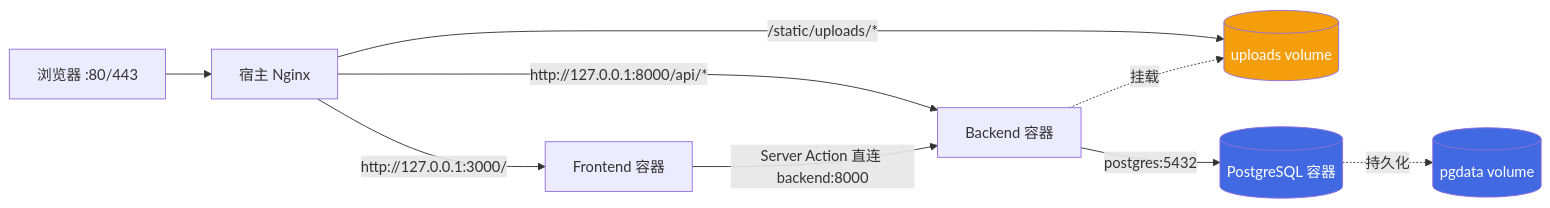
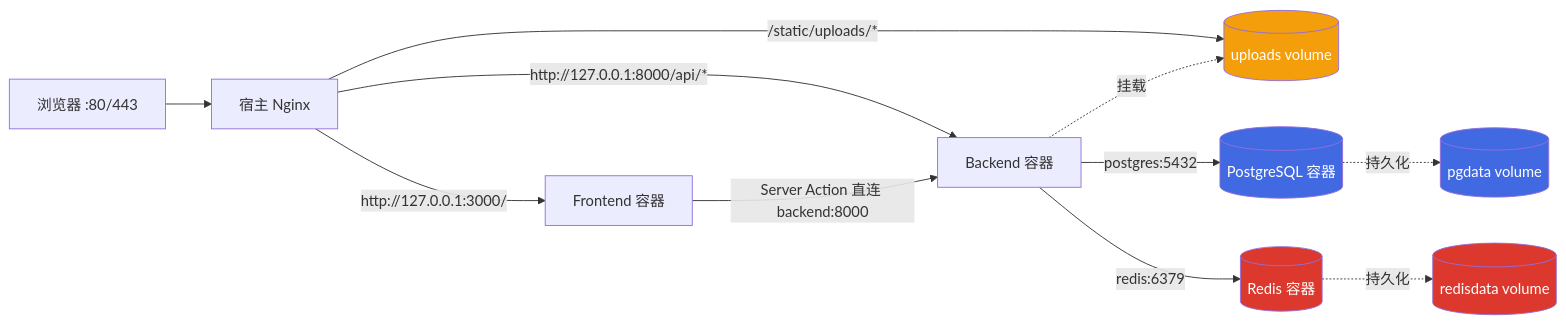
One commit to kakaoxy/profo changed the second of 9 diagrams in README.md. Above: the diagram before and after it, drawn with Mermaid. The commit also changed other lines of this file and 1 other file, not shown here.

````diff
--- a/README.md
+++ b/README.md
@@ -128,15 +135,19 @@
 ```mermaid
 graph LR
     Browser[浏览器 :80/443] --> NX[宿主 Nginx]
     NX -->|http://127.0.0.1:8000/api/*| BE[Backend 容器]
     NX -->|http://127.0.0.1:3000/| FE[Frontend 容器]
     NX -->|/static/uploads/*| UP[(uploads volume)]
     BE -->|postgres:5432| DB[(PostgreSQL 容器)]
+    BE -->|redis:6379| Redis[(Redis 容器)]
     BE -.->|挂载| UP
     DB -.->|持久化| PG[(pgdata volume)]
+    Redis -.->|持久化| RD[(redisdata volume)]
     FE -->|Server Action 直连 backend:8000| BE
 
     style DB fill:#4169E1,color:#fff
     style PG fill:#4169E1,color:#fff
+    style Redis fill:#DC382D,color:#fff
+    style RD fill:#DC382D,color:#fff
     style UP fill:#f59e0b,color:#fff
 ```
````
